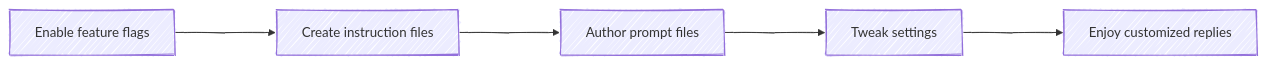
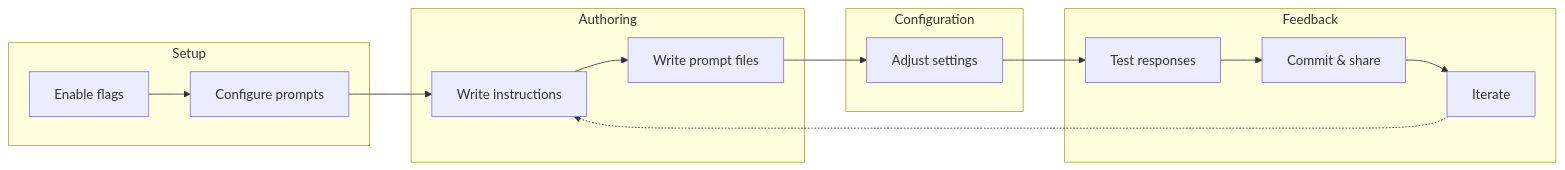
The diagram in _posts/2025-05-24-customize-chat-responses-in-vs-code.md (enogrob/enogrob.github.io), drawn with Mermaid before and after one commit. The commit also changed other lines of this file and 1 other file, not shown here.

Commit message:
update-post

````diff
--- a/_posts/2025-05-24-customize-chat-responses-in-vs-code.md
+++ b/_posts/2025-05-24-customize-chat-responses-in-vs-code.md
@@ -19,8 +21,25 @@
 ```mermaid!
-%%{init: {"theme": "default", "look": "handDrawn", "flowchart": {"nodeSpacing": 60, "rankSpacing": 120}}}%%
 flowchart LR
-    A[Enable feature flags] --> B[Create instruction files]
-    B --> C[Author prompt files]
-    C --> D[Tweak settings]
-    D --> E[Enjoy customized replies]
+  subgraph Setup
+    A[Enable flags]
+    B[Configure prompts]
+  end
+
+  subgraph Authoring
+    C[Write instructions]
+    D[Write prompt files]
+  end
+
+  subgraph Configuration
+    E[Adjust settings]
+  end
+
+  subgraph Feedback
+    F[Test responses]
+    G[Commit & share]
+    H[Iterate]
+  end
+
+  A --> B --> C --> D --> E --> F --> G --> H
+  H -.-> C
 ```
````
